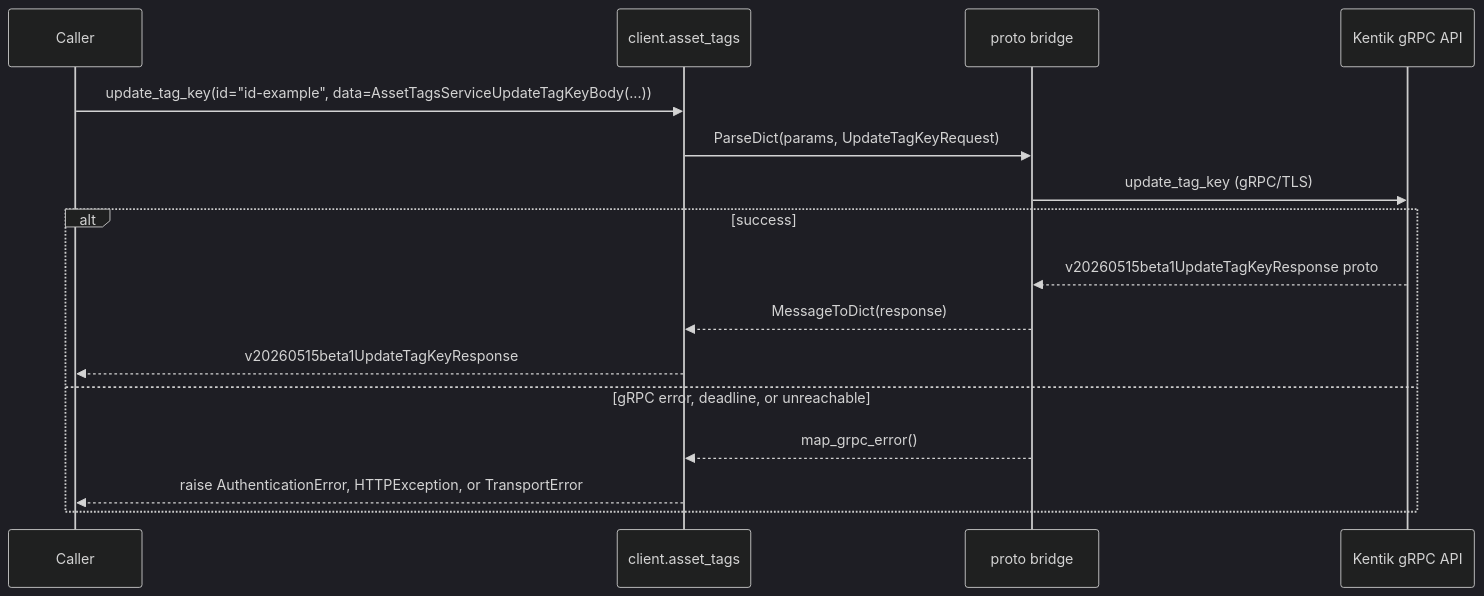
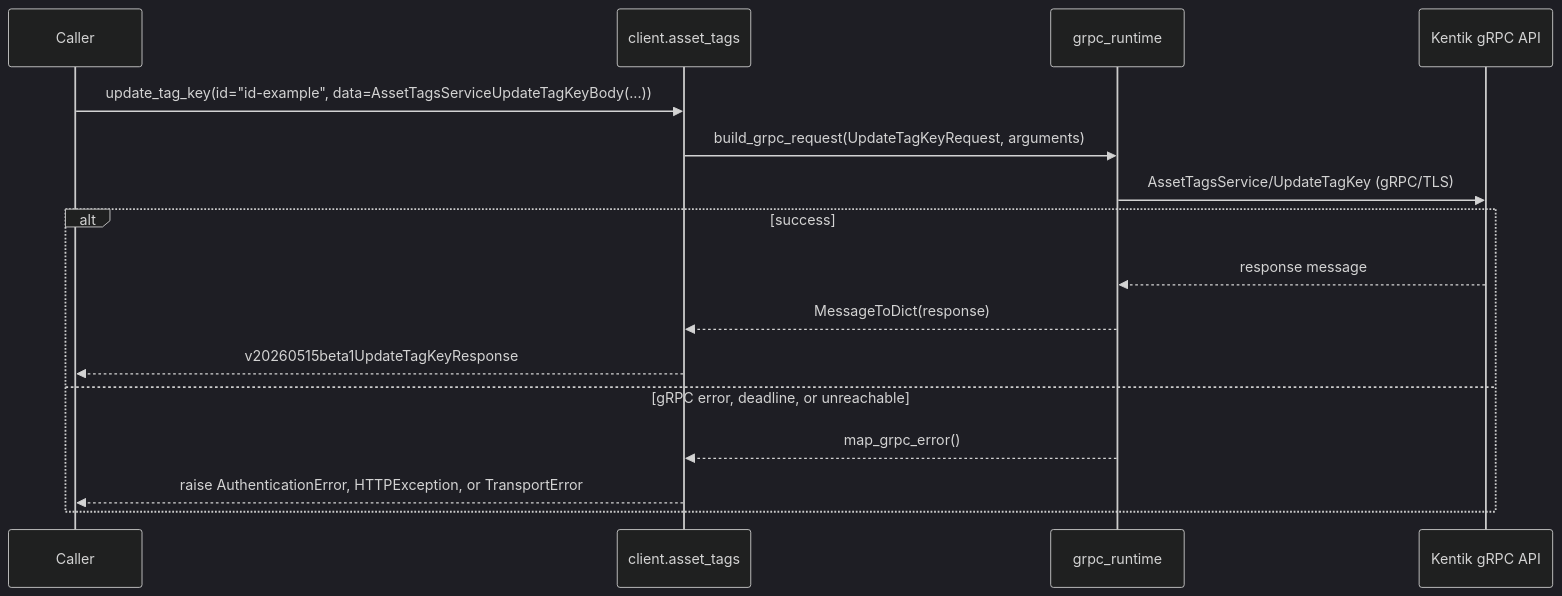
Diagram 11 of 20 in docs/sphinx/services/asset_tags.md (alexdearaujo/community_sdk_python), drawn with Mermaid (dark theme) before and after one commit. The commit also changed other lines of this file and 37 other files, not shown here.

First line of the commit message:
docs: show the real RPC in each service page's gRPC diagram

````diff
--- a/docs/sphinx/services/asset_tags.md
+++ b/docs/sphinx/services/asset_tags.md
@@ -357,19 +357,19 @@
 ```mermaid
 sequenceDiagram
     participant C as Caller
     participant W as client.asset_tags
-    participant B as proto bridge
+    participant R as grpc_runtime
     participant API as Kentik gRPC API
 
     C->>W: update_tag_key(id="id-example", data=AssetTagsServiceUpdateTagKeyBody(...))
-    W->>B: ParseDict(params, UpdateTagKeyRequest)
-    B->>API: update_tag_key (gRPC/TLS)
+    W->>R: build_grpc_request(UpdateTagKeyRequest, arguments)
+    R->>API: AssetTagsService/UpdateTagKey (gRPC/TLS)
     alt success
-        API-->>B: v20260515beta1UpdateTagKeyResponse proto
-        B-->>W: MessageToDict(response)
+        API-->>R: response message
+        R-->>W: MessageToDict(response)
         W-->>C: v20260515beta1UpdateTagKeyResponse
     else gRPC error, deadline, or unreachable
-        B-->>W: map_grpc_error()
+        R-->>W: map_grpc_error()
         W-->>C: raise AuthenticationError, HTTPException, or TransportError
     end
 ```
````
